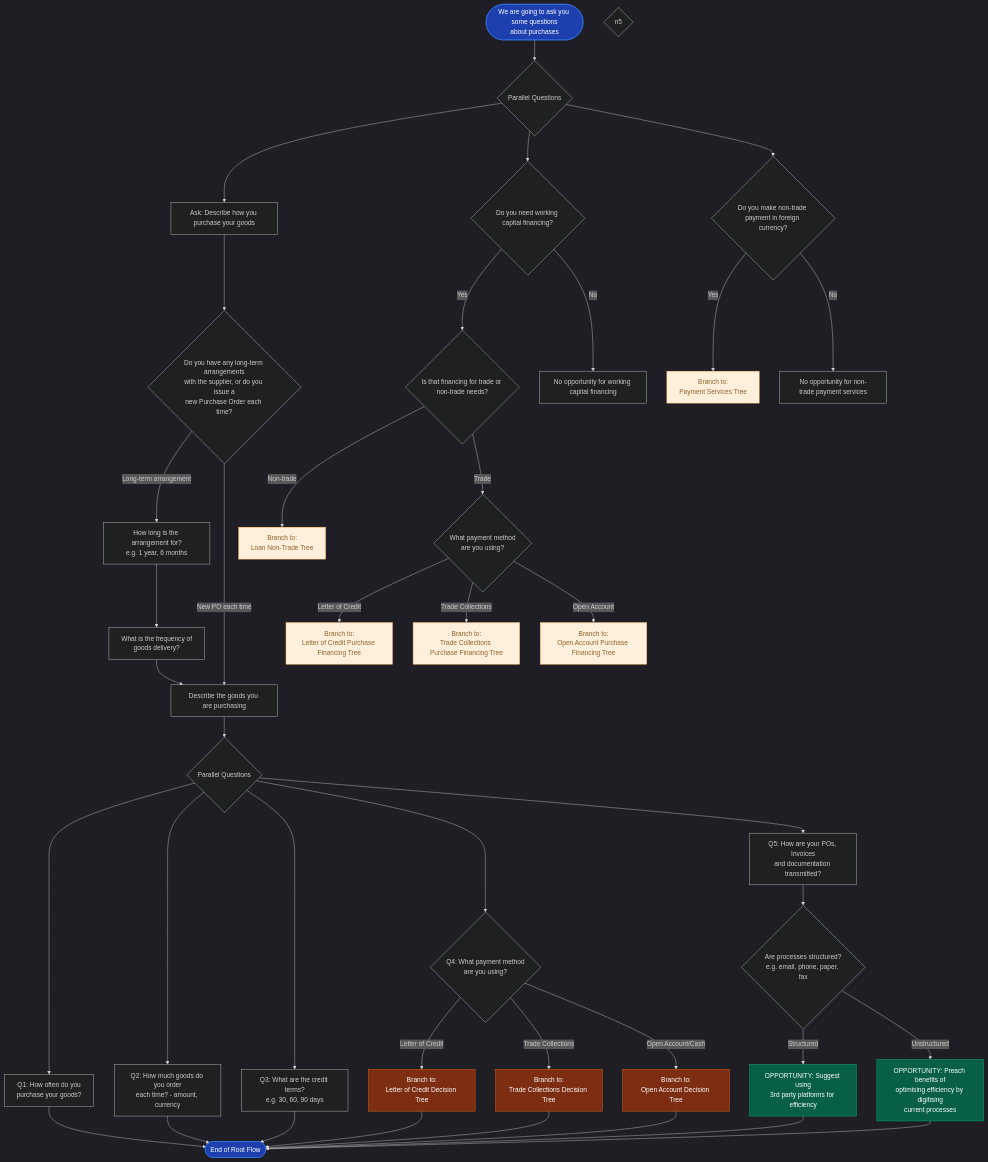
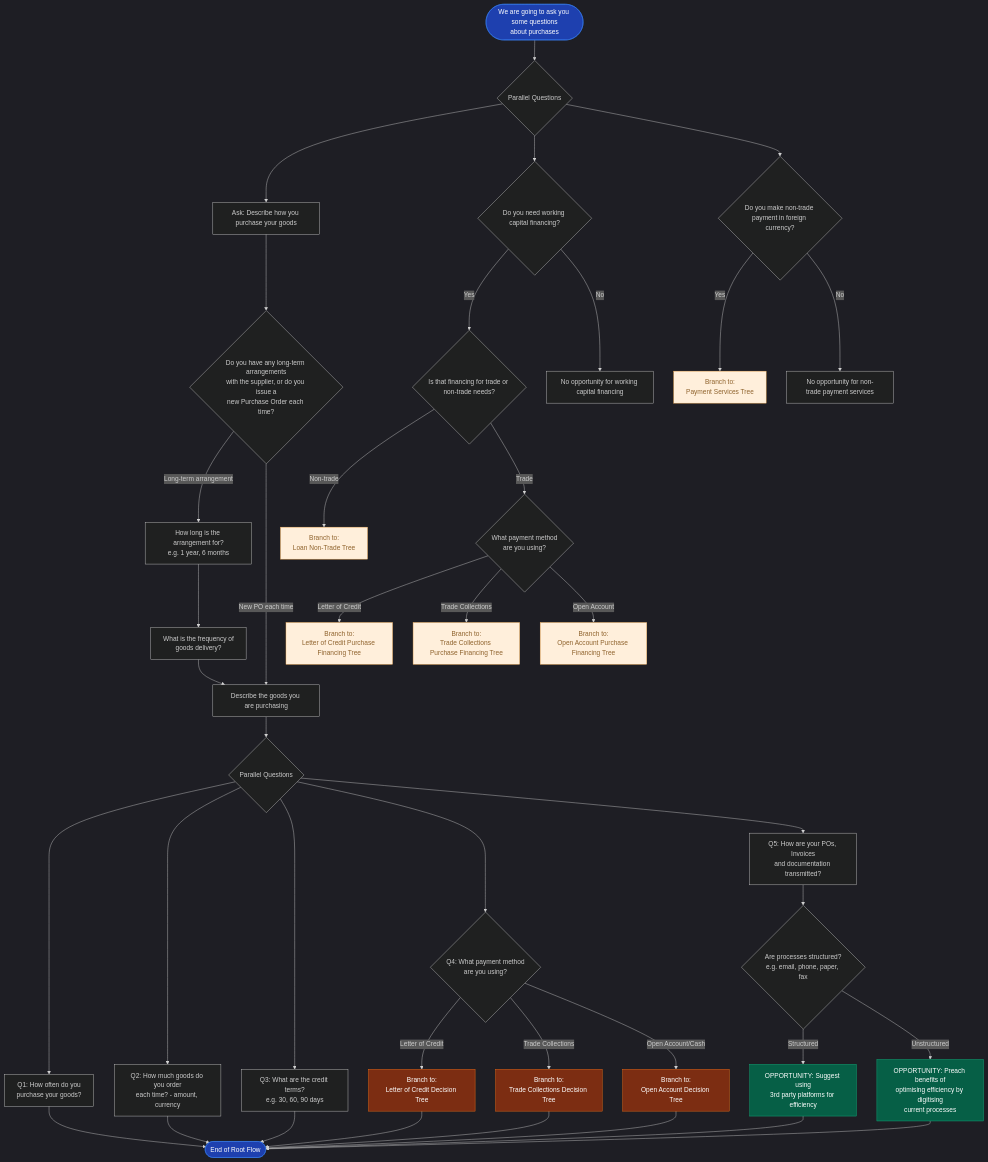
Before and after one commit to sage-develop/why: the diagram in tvc_decision_trees/root/root_decisiontree.md, drawn with Mermaid.

````diff
--- a/tvc_decision_trees/root/root_decisiontree.md
+++ b/tvc_decision_trees/root/root_decisiontree.md
@@ -3,64 +3,63 @@
 ```mermaid
 %%{init: {'theme':'dark'}}%%
 
 flowchart TD
     Start(["We are going to ask you some questions<br>about purchases"]) --> n11["Parallel Questions"]
     Q1["Ask: Describe how you purchase your goods"] --> Q2{"Do you have any long-term arrangements<br>with the supplier, or do you issue a<br>new Purchase Order each time?"}
     Q2 -- "Long-term arrangement" --> LT1["How long is the arrangement for?<br>e.g. 1 year, 6 months"]
     LT1 --> LT2["What is the frequency of<br>goods delivery?"]
     Q2 -- New PO each time --> GOODS["Describe the goods you are purchasing"]
     GOODS --> PARALLEL{"Parallel Questions"}
     PARALLEL --> P1["Q1: How often do you<br>purchase your goods?"] & P2["Q2: How much goods do you order<br>each time? - amount, currency"] & P3["Q3: What are the credit terms?<br>e.g. 30, 60, 90 days"] & P4{"Q4: What payment method<br>are you using?"} & P5["Q5: How are your POs, Invoices<br>and documentation transmitted?"]
     P4 -- Letter of Credit --> LOC["Branch to:<br>Letter of Credit Decision Tree"]
     P4 -- Trade Collections --> TC["Branch to:<br>Trade Collections Decision Tree"]
     P4 -- Open Account/Cash --> OA["Branch to:<br>Open Account Decision Tree"]
     P5 --> D1{"Are processes structured?<br>e.g. email, phone, paper, fax"}
     D1 -- Structured --> OPP2["OPPORTUNITY: Suggest using<br>3rd party platforms for efficiency"]
     D1 -- Unstructured --> OPP3["OPPORTUNITY: Preach benefits of<br>optimising efficiency by digitising<br>current processes"]
     LOC --> END(["End of Root Flow"])
     TC --> END
     OA --> END
     OPP2 --> END
     OPP3 --> END
     P1 --> END
     P2 --> END
     P3 --> END
     LT2 --> GOODS
     n1["Do you need working capital financing?"] -- Yes --> n8["Is that financing for trade or non-trade needs?"]
     n8 -- "Non-trade" --> n4@{ label: "<span style=\"color:\">Branch to:</span><br style=\"--tw-scale-x:\"><span style=\"color:\">Loan Non-Trade Tree</span>" }
     n1 -- No --> n3["No opportunity for working capital financing"]
     n6["Do you make non-trade payment in foreign currency?"] -- Yes --> n7@{ label: "<span style=\"--tw-scale-x:\">Branch to:</span><br style=\"--tw-scale-x:\"><span style=\"--tw-scale-x:\">Payment Services Tree</span>" }
     n8 -- Trade --> n12@{ label: "What payment method<br style=\"--tw-scale-x:\">are you using?" }
     n6 -- No --> n10["No opportunity for non-trade payment services"]
     n11 --> Q1 & n1 & n6
     n12 -- Letter of Credit --> n2@{ label: "<span style=\"color:\">Branch to:</span><br style=\"--tw-scale-x:\"><span style=\"color:\">Letter of Credit Purchase Financing Tree</span>" }
     n12 -- Trade Collections --> n13@{ label: "<span style=\"--tw-scale-x:\">Branch to:</span><br style=\"--tw-scale-x:\"><span style=\"--tw-scale-x:\">Trade Collections Purchase Financing Tree</span>" }
     n12 -- Open Account --> n14@{ label: "<span style=\"--tw-scale-x:\">Branch to:</span><br style=\"--tw-scale-x:\"><span style=\"--tw-scale-x:\">Open Account Purchase Financing Tree</span>" }
 
     n11@{ shape: diam}
     n1@{ shape: diam}
     n8@{ shape: diam}
-    n5@{ shape: diam}
+    n4@{ shape: rect}
     n3@{ shape: rect}
-    n4@{ shape: rect}
     n6@{ shape: diam}
     n7@{ shape: rect}
     n12@{ shape: diam}
     n10@{ shape: rect}
     n2@{ shape: rect}
     n13@{ shape: rect}
     n14@{ shape: rect}
      n4:::Peach
      n7:::Peach
      n2:::Peach
      n13:::Peach
      n14:::Peach
     classDef Peach stroke-width:1px, stroke-dasharray:none, stroke:#FBB35A, fill:#FFEFDB, color:#8F632D
     style Start fill:#1e40af,stroke:#3b82f6,color:#fff
     style LOC fill:#7c2d12,stroke:#f97316,color:#fff
     style TC fill:#7c2d12,stroke:#f97316,color:#fff
     style OA fill:#7c2d12,stroke:#f97316,color:#fff
     style OPP2 fill:#065f46,stroke:#10b981,color:#fff
     style OPP3 fill:#065f46,stroke:#10b981,color:#fff
     style END fill:#1e40af,stroke:#3b82f6,color:#fff
 ```
````
